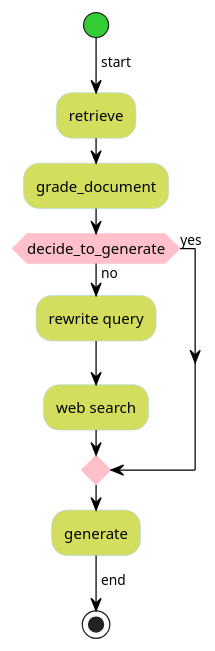
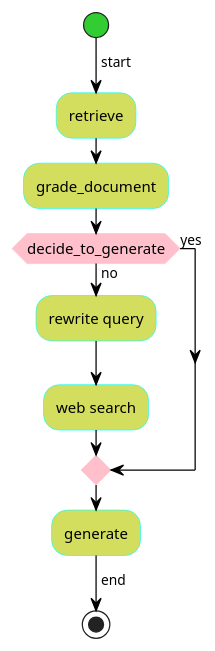
Before and after one commit to kyopark2014/langgraph-agent: the diagram in chart/corrective_rag.puml, drawn with PlantUML. The commit also changed 1 other file, not shown here.

```diff
--- a/chart/corrective_rag.puml
+++ b/chart/corrective_rag.puml
@@ -1,39 +1,39 @@
 @startuml Corrective RAG
 
 'skinparam monochrome true
 skinparam shadowing false
 skinparam activity {
     StartColor limegreen
     EndColor darkblue
     BackgroundColor #d4de5e
     'BorderColor #5e94de
     'BackgroundColor #lightcyan
-    BorderColor #lightblue
+    BorderColor #cyan
     ArrowColor black
 }
 skinparam activityDiamond {
     'BackgroundColor #5ede68
     'BorderColor #5e94de
     BackgroundColor #Pink
     BorderColor #Pink
     fontSize 12
 }
 
 start
 -> start;
 
 :retrieve;
 
 :grade_document;
 
 if (decide_to_generate) then (yes)    
 else (no)
   :rewrite query;
   :web search;
 endif
 
 :generate;
 
 -> end;
 stop
 @enduml
```
